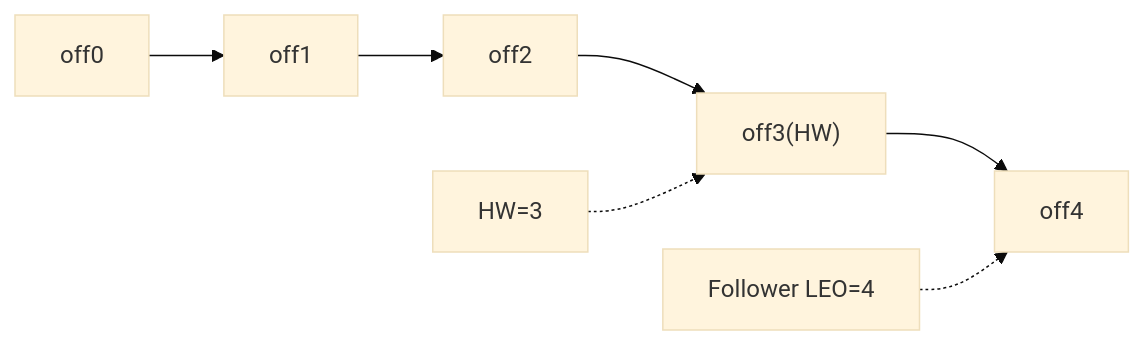
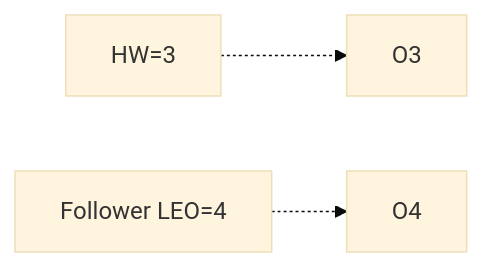
Diagram 13 of 17 in _posts/kafka/2026-05-01-kafka-fundamentals.md (yjkim2015/yjkim2015.github.io), drawn with Mermaid (base theme) before and after one commit. The commit also changed other lines of this file and 149 other files, not shown here.

First line of the commit message:
Mermaid 가독성 개선: 라벨 축약, 노드 축소, TD→LR 변환

````diff
--- a/_posts/kafka/2026-05-01-kafka-fundamentals.md
+++ b/_posts/kafka/2026-05-01-kafka-fundamentals.md
@@ -430,6 +428,5 @@
 ```mermaid
 graph LR
-    O0["off0"] --> O1["off1"] --> O2["off2"] --> O3["off3(HW)"] --> O4["off4"]
     HW["HW=3"] -.-> O3
     F1["Follower LEO=4"] -.-> O4
 ```
````
